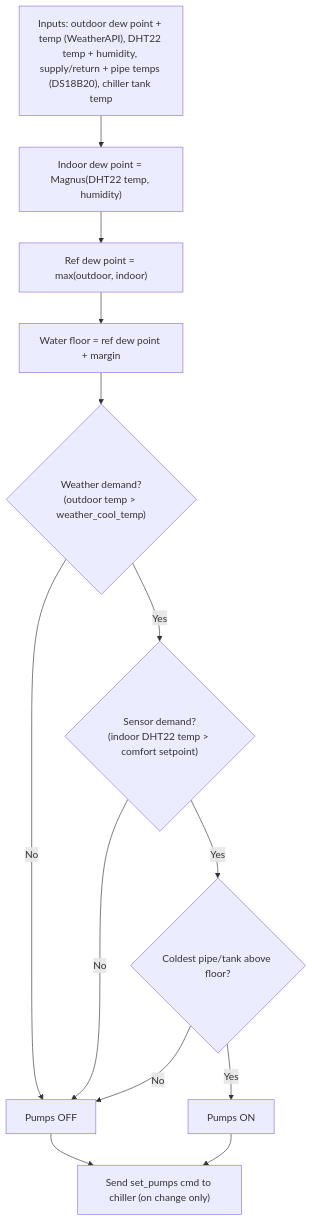
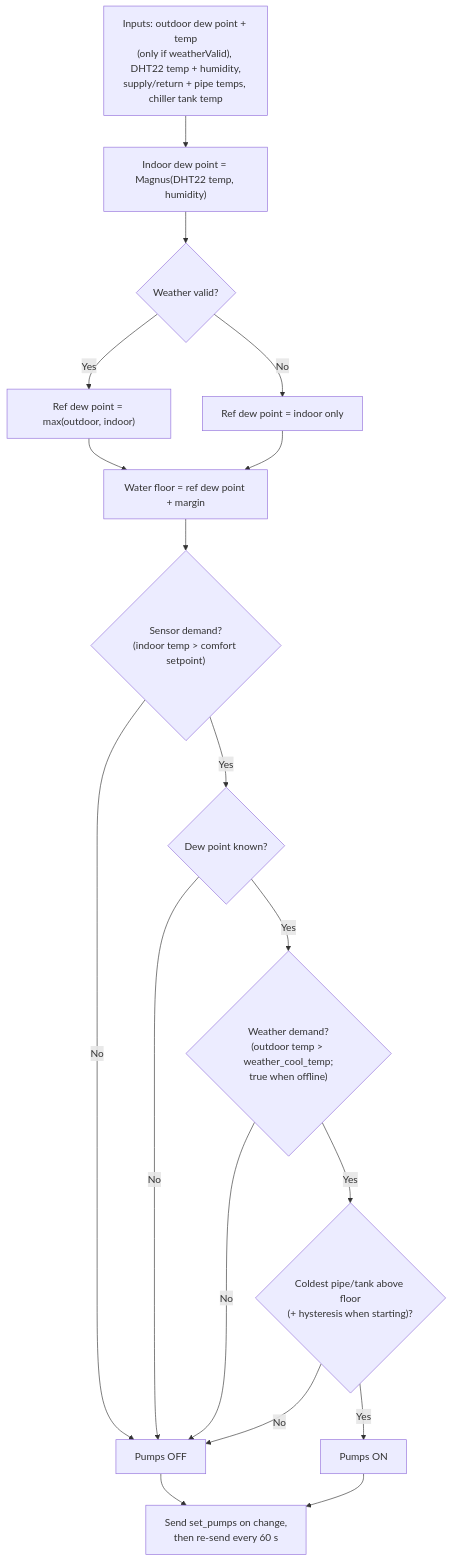
Before and after one commit to qppd/radiant-cooling: the third of 4 diagrams in docs/diagrams/flow-chart.md, drawn with Mermaid. The commit also changed other lines of this file and 22 other files, not shown here.

````diff
--- a/docs/diagrams/flow-chart.md
+++ b/docs/diagrams/flow-chart.md
@@ -55,16 +57,21 @@
 ```mermaid
 flowchart TD
-    A["Inputs: outdoor dew point + temp (WeatherAPI), DHT22 temp + humidity, supply/return + pipe temps (DS18B20), chiller tank temp"]
+    A["Inputs: outdoor dew point + temp<br/>(only if weatherValid), DHT22 temp + humidity,<br/>supply/return + pipe temps, chiller tank temp"]
     A --> B["Indoor dew point = Magnus(DHT22 temp, humidity)"]
-    B --> C["Ref dew point = max(outdoor, indoor)"]
-    C --> D["Water floor = ref dew point + margin"]
-    D --> E{"Weather demand?<br/>(outdoor temp &gt; weather_cool_temp)"}
-    E -->|Yes| F{"Sensor demand?<br/>(indoor DHT22 temp &gt; comfort setpoint)"}
-    E -->|No| G["Pumps OFF"]
-    F -->|Yes| H{"Coldest pipe/tank above floor?"}
-    F -->|No| G
-    H -->|Yes| I["Pumps ON"]
-    H -->|No| G
-    G --> J["Send set_pumps cmd to chiller (on change only)"]
-    I --> J
+    B --> C{"Weather valid?"}
+    C -->|Yes| D["Ref dew point = max(outdoor, indoor)"]
+    C -->|No| E["Ref dew point = indoor only"]
+    D --> F["Water floor = ref dew point + margin"]
+    E --> F
+    F --> G{"Sensor demand?<br/>(indoor temp &gt; comfort setpoint)"}
+    G -->|No| OFF["Pumps OFF"]
+    G -->|Yes| H{"Dew point known?"}
+    H -->|No| OFF
+    H -->|Yes| I{"Weather demand?<br/>(outdoor temp &gt; weather_cool_temp;<br/>true when offline)"}
+    I -->|No| OFF
+    I -->|Yes| J{"Coldest pipe/tank above floor<br/>(+ hysteresis when starting)?"}
+    J -->|No| OFF
+    J -->|Yes| ON["Pumps ON"]
+    ON --> K["Send set_pumps on change,<br/>then re-send every 60 s"]
+    OFF --> K
 ```
````
